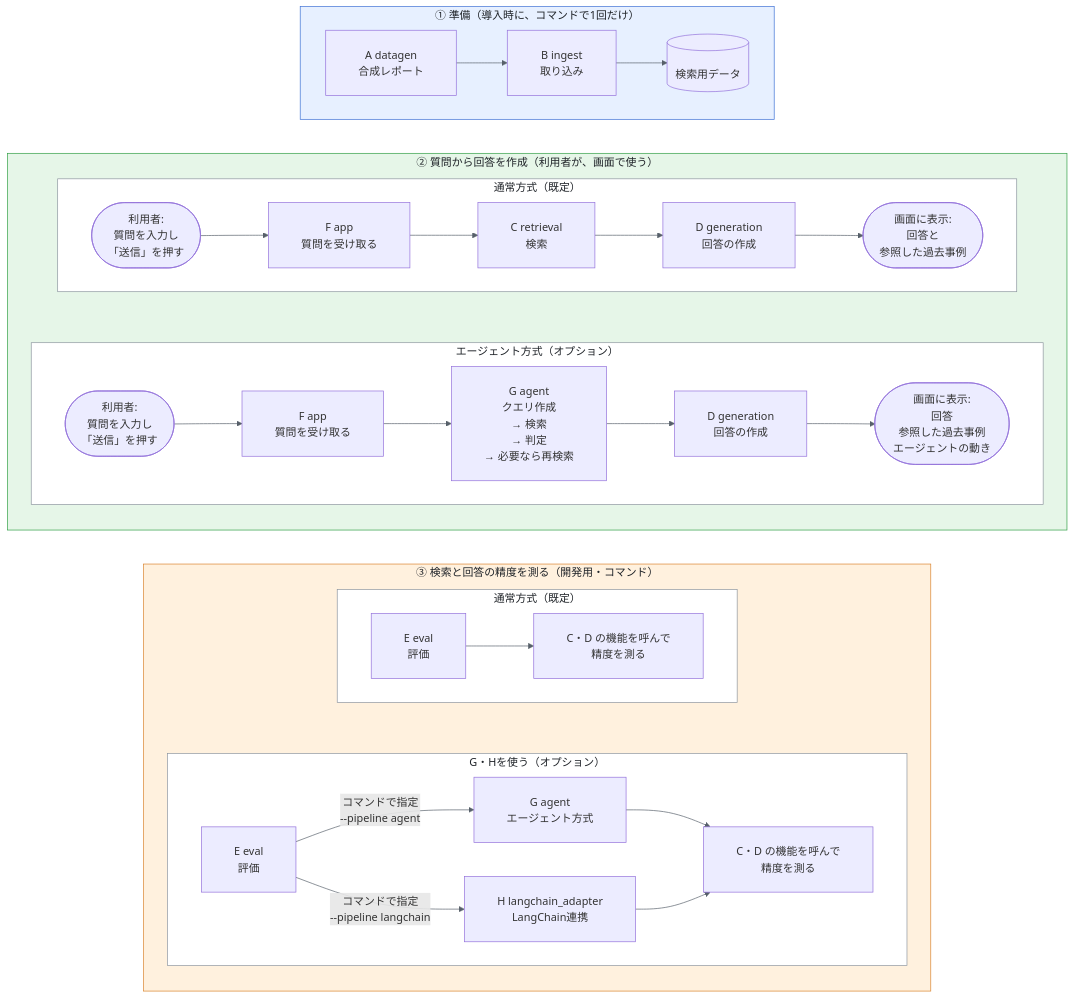
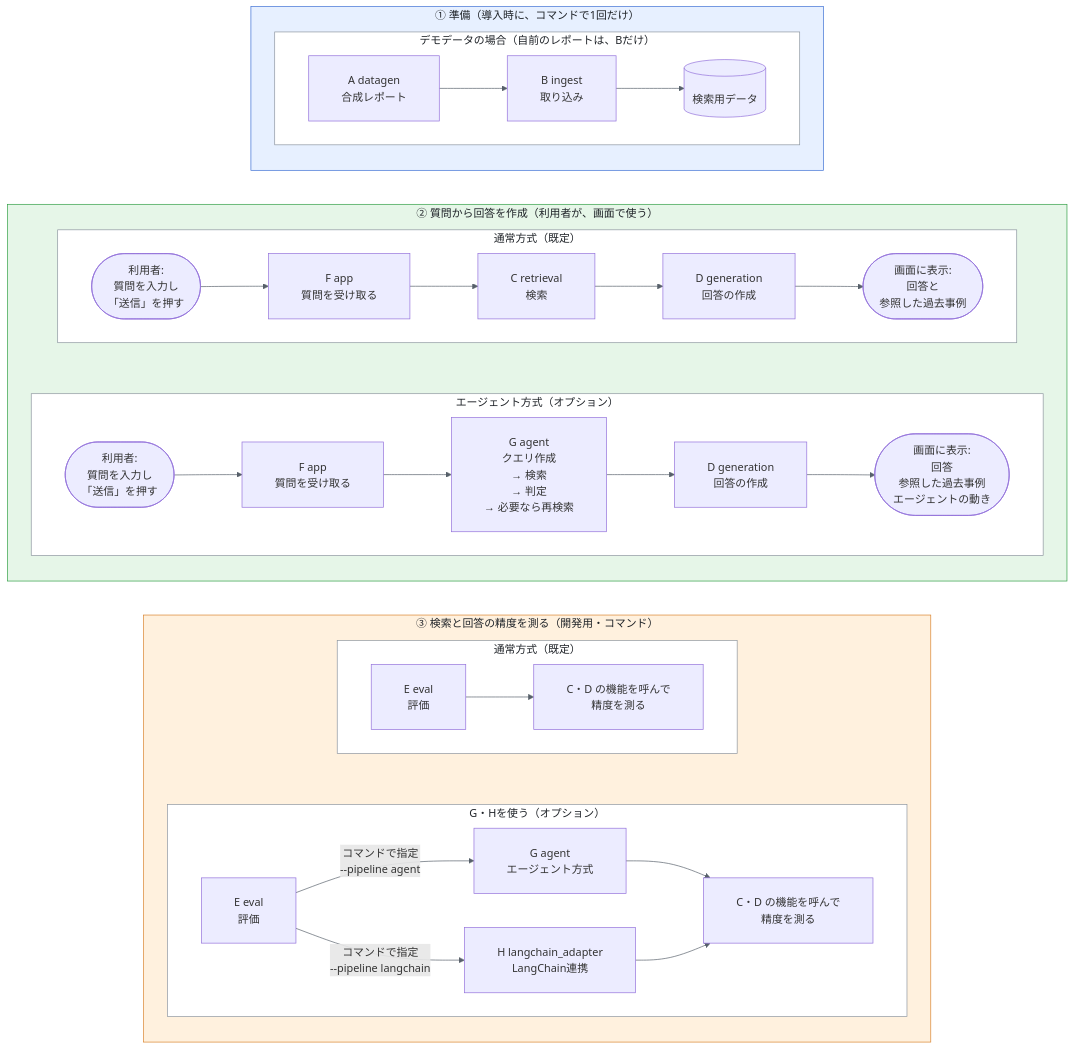
The first of 3 diagrams in README_ja.md (satoshi-abe-dev/silo-rag), drawn with Mermaid before and after one commit. The commit also changed 1 other file, not shown here.

Commit message:
Give step 1 of the architecture diagram a white inner frame like steps 2 and 3
The inner frame is titled for what the diagram shows: the demo-data path
(with your own reports only B runs).

````diff
--- a/README_ja.md
+++ b/README_ja.md
@@ -159,42 +159,46 @@
 ```mermaid
 %%{init: {"flowchart": {"padding": 24, "wrappingWidth": 400}, "themeVariables": {"lineColor": "#57606a"}}}%%
 graph TB
     subgraph g1["① 準備（導入時に、コマンドで1回だけ）"]
-        direction LR
-        A["A datagen<br/>合成レポート"] --> B["B ingest<br/>取り込み"] --> DB[("検索用データ")]
+        direction TB
+        subgraph prep["デモデータの場合（自前のレポートは、Bだけ）"]
+            direction LR
+            A["A datagen<br/>合成レポート"] --> B["B ingest<br/>取り込み"] --> DB[("検索用データ")]
+        end
     end
     subgraph g2["② 質問から回答を作成（利用者が、画面で使う）"]
         direction TB
         subgraph plain["通常方式（既定）"]
             direction LR
             U1(["利用者:<br/>質問を入力し<br/>「送信」を押す"]) --> F1["F app<br/>質問を受け取る"] --> C1["C retrieval<br/>検索"] --> D1["D generation<br/>回答の作成"] --> R1(["画面に表示:<br/>回答と<br/>参照した過去事例"])
         end
         subgraph agent["エージェント方式（オプション）"]
             direction LR
             U2(["利用者:<br/>質問を入力し<br/>「送信」を押す"]) --> F2["F app<br/>質問を受け取る"] --> G["G agent<br/>クエリ作成<br/>→ 検索<br/>→ 判定<br/>→ 必要なら再検索"] --> D2["D generation<br/>回答の作成"] --> R2(["画面に表示:<br/>回答<br/>参照した過去事例<br/>エージェントの動き"])
         end
         plain ~~~ agent
     end
     subgraph g3["③ 検索と回答の精度を測る（開発用・コマンド）"]
         direction TB
         subgraph ev["通常方式（既定）"]
             direction LR
             E1["E eval<br/>評価"] --> CD1["C・D の機能を呼んで<br/>精度を測る"]
         end
         subgraph ev2["G・Hを使う（オプション）"]
             direction LR
             E2["E eval<br/>評価"] -->|"コマンドで指定<br/>--pipeline agent"| G2["G agent<br/>エージェント方式"] --> CD2["C・D の機能を呼んで<br/>精度を測る"]
             E2 -->|"コマンドで指定<br/>--pipeline langchain"| H["H langchain_adapter<br/>LangChain連携"] --> CD2
         end
         ev ~~~ ev2
     end
     g1 ~~~ g2
     g2 ~~~ g3
     style g1 fill:#e7f0ff,stroke:#3b6fd4,color:#1f2328
     style g2 fill:#e6f6e8,stroke:#2f9e44,color:#1f2328
     style g3 fill:#fff1de,stroke:#d9822b,color:#1f2328
+    style prep fill:#ffffff,stroke:#8c959f,color:#1f2328
     style plain fill:#ffffff,stroke:#8c959f,color:#1f2328
     style agent fill:#ffffff,stroke:#8c959f,color:#1f2328
     style ev fill:#ffffff,stroke:#8c959f,color:#1f2328
     style ev2 fill:#ffffff,stroke:#8c959f,color:#1f2328
 ```
````
